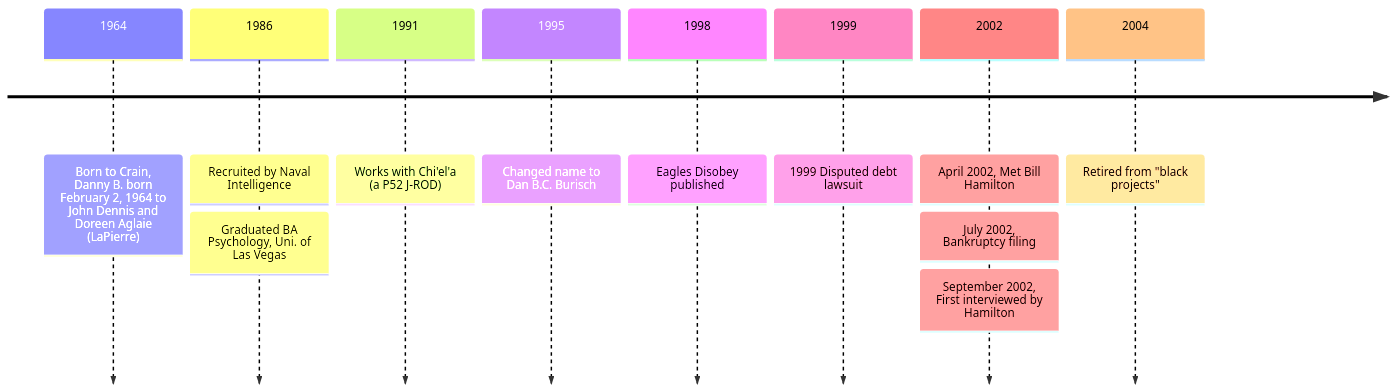
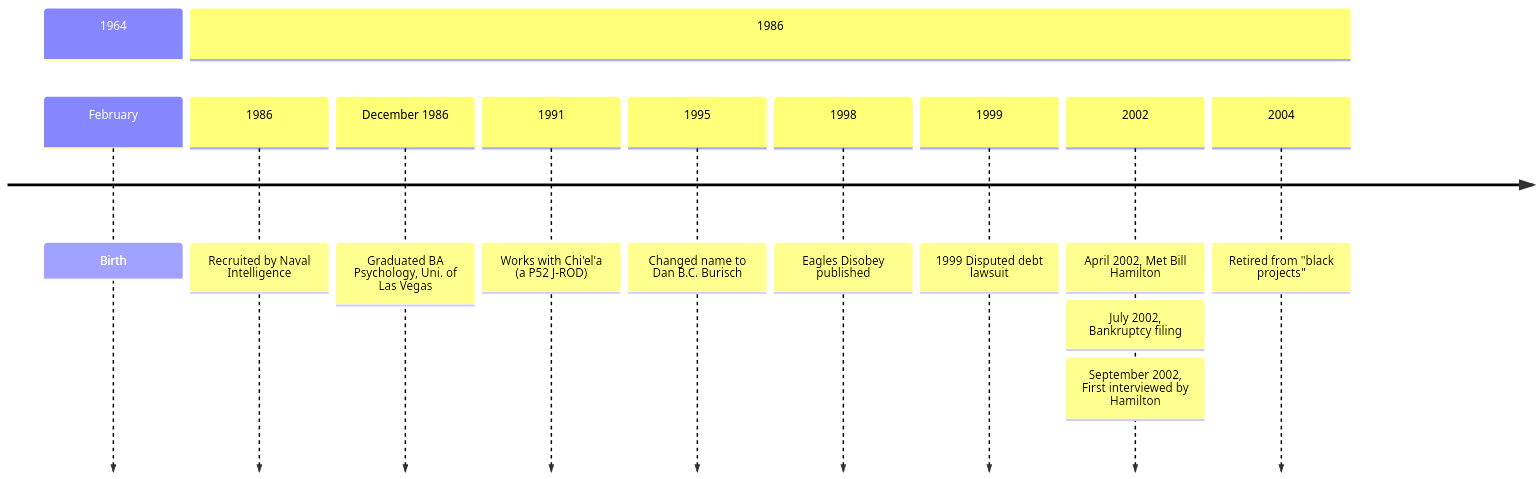
The diagram in docs/people/burisch_dan.md (Black-Star-Institute/blackstar.github.io), drawn with Mermaid before and after one commit.

````diff
--- a/docs/people/burisch_dan.md
+++ b/docs/people/burisch_dan.md
@@ -57,14 +57,16 @@
 ```mermaid
 timeline
-    1964 : Born to Crain, Danny B. born February 2, 1964 to John Dennis and Doreen Aglaie (LaPierre)
-    1986 : Recruited by Naval Intelligence
-         : Graduated BA Psychology, Uni. of Las Vegas
+    section 1964
+        February : Birth
+    section 1986
+        1986 : Recruited by Naval Intelligence
+        December 1986 : Graduated BA Psychology, Uni. of Las Vegas
     1991 : Works with Chi'el'a (a P52 J-ROD)
     1995 : Changed name to Dan B.C. Burisch
     1998 : Eagles Disobey published
     1999 : 1999 Disputed debt lawsuit
     2002 : April 2002, Met Bill Hamilton
          : July 2002, Bankruptcy filing
          : September 2002, First interviewed by Hamilton
     2004 : Retired from "black projects"
 ```
````
